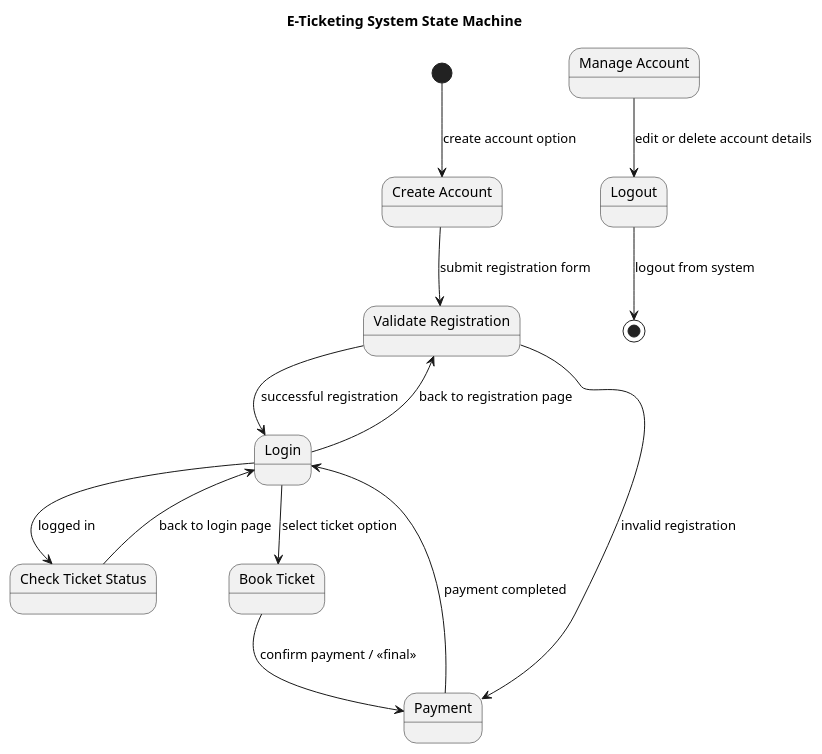
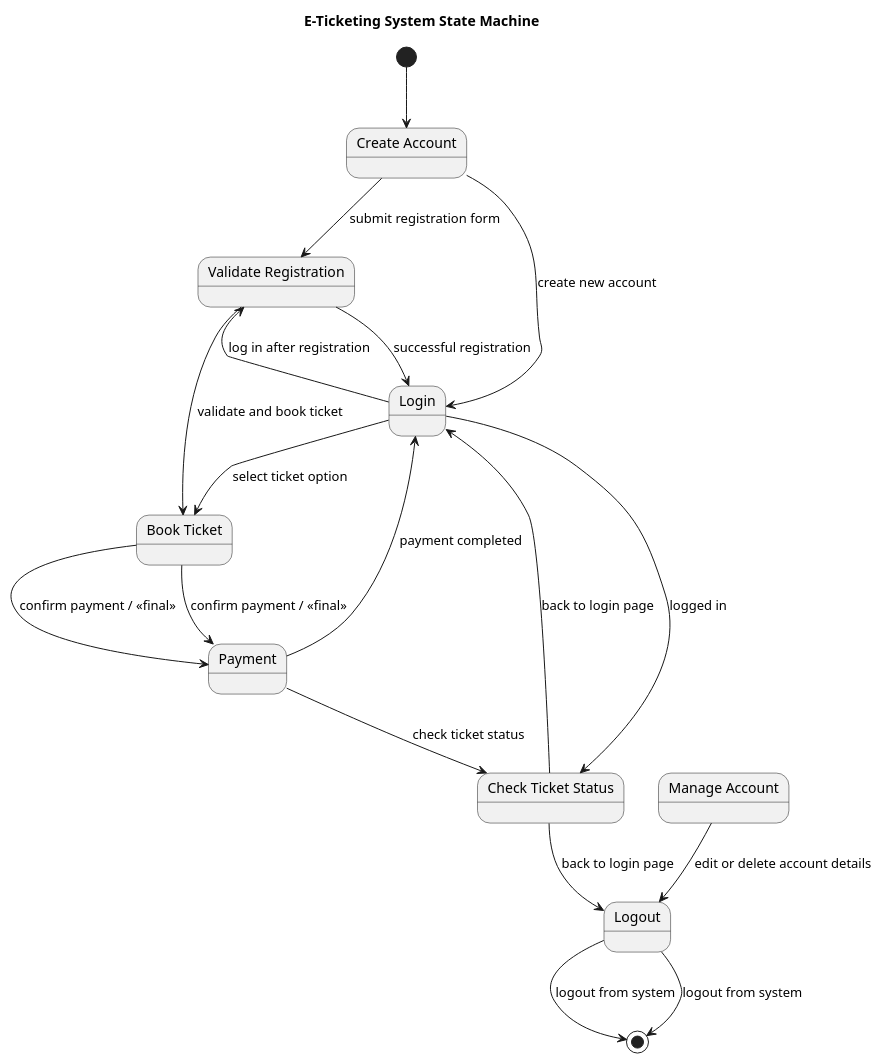
Before and after one commit to maimunafaria/State_transition_Diagram_generated_by_LLM: the diagram in results/plantuml_pipeline_run3/runs/open_source__llama31_8b_instruct__few_shot_validation_generator_critic_repair/case_15_e_ticketing_for_bus/run_01.repair_05.puml, drawn with PlantUML. The commit also changed 814 other files, not shown here.

```diff
--- a/results/plantuml_pipeline_run3/runs/open_source__llama31_8b_instruct__few_shot_validation_generator_critic_repair/case_15_e_ticketing_for_bus/run_01.repair_05.puml
+++ b/results/plantuml_pipeline_run3/runs/open_source__llama31_8b_instruct__few_shot_validation_generator_critic_repair/case_15_e_ticketing_for_bus/run_01.repair_05.puml
@@ -1,29 +1,34 @@
 @startuml
 title E-Ticketing System State Machine
 
-[*] --> CreateAccount : create account option
+[*] --> CreateAccount
 
 state "Create Account" as CreateAccount
 state "Validate Registration" as ValidateRegistration
 state "Login" as Login
 state "Check Ticket Status" as CheckTicketStatus
 state "Book Ticket" as BookTicket
 state "Manage Account" as ManageAccount
 state "Logout" as Logout
 state "Payment" as Payment
 
 CreateAccount --> ValidateRegistration : submit registration form
 ValidateRegistration --> Login : successful registration
 Login --> CheckTicketStatus : logged in
 CheckTicketStatus --> Login : back to login page
 Login --> BookTicket : select ticket option
 BookTicket --> Payment : confirm payment / <<final>>
 Payment --> Login : payment completed
 
 ManageAccount --> Logout : edit or delete account details
 Logout --> [*] : logout from system
 
-ValidateRegistration --> Payment : invalid registration
-Login --> ValidateRegistration : back to registration page
+CreateAccount --> Login : create new account
+Login --> ValidateRegistration : log in after registration
+ValidateRegistration --> BookTicket : validate and book ticket
+BookTicket --> Payment : confirm payment / <<final>>
+Payment --> CheckTicketStatus : check ticket status
+CheckTicketStatus --> Logout : back to login page
+Logout --> [*] : logout from system
 
 @enduml
```
